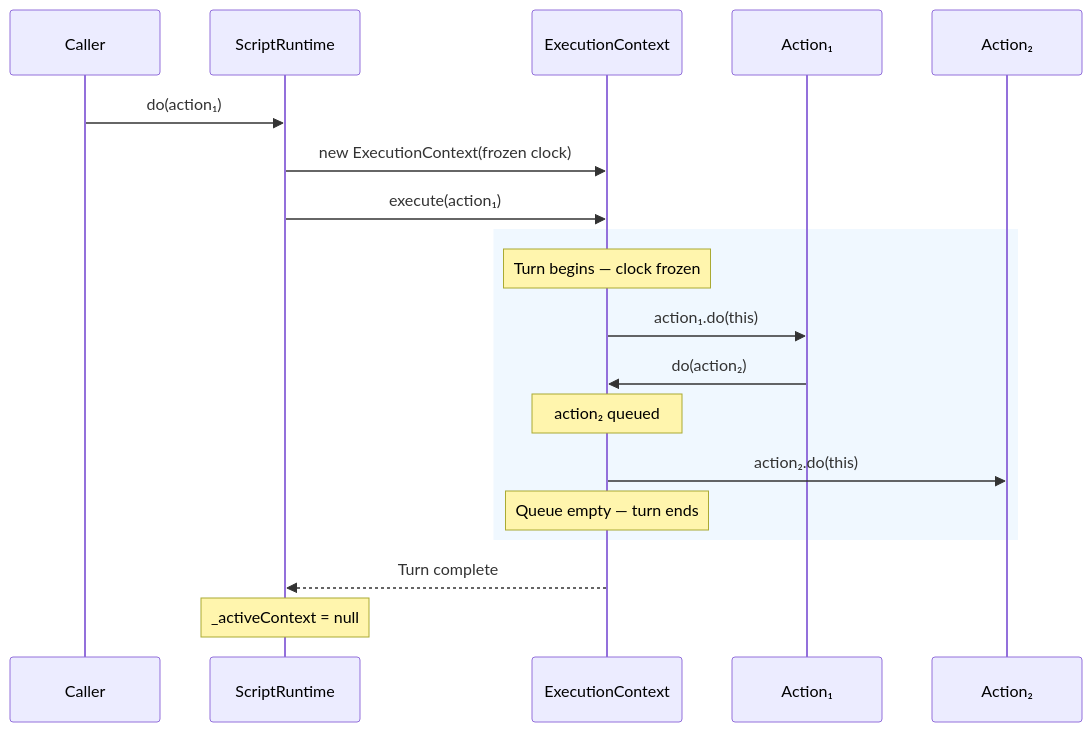
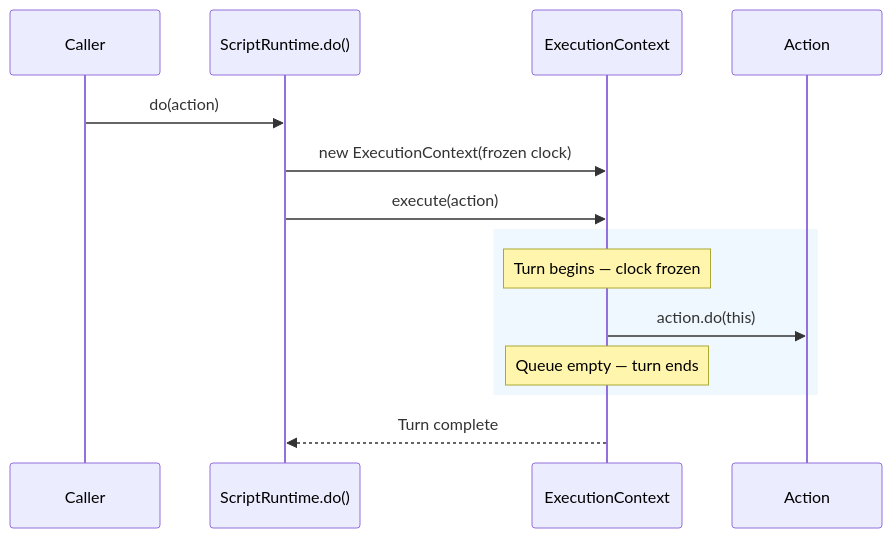
The eighth of 13 diagrams in docs/runtime-state-machine.md (SergeiGolos/wod-wiki), drawn with Mermaid before and after one commit. The commit also changed other lines of this file and 1 other file, not shown here.

First line of the commit message:
Update state machine doc to align with runtime vision; add alignment gap analysis

````diff
--- a/docs/runtime-state-machine.md
+++ b/docs/runtime-state-machine.md
@@ -259,24 +342,19 @@
 ```mermaid
 sequenceDiagram
     participant C as Caller
-    participant SR as ScriptRuntime
+    participant SR as ScriptRuntime.do()
     participant EC as ExecutionContext
-    participant A as Action₁
-    participant A2 as Action₂
+    participant A as Action
 
-    C->>SR: do(action₁)
+    C->>SR: do(action)
     SR->>EC: new ExecutionContext(frozen clock)
-    SR->>EC: execute(action₁)
+    SR->>EC: execute(action)
     
     rect rgb(240, 248, 255)
         note over EC: Turn begins — clock frozen
-        EC->>A: action₁.do(this)
-        A->>EC: do(action₂)
-        note over EC: action₂ queued
-        EC->>A2: action₂.do(this)
+        EC->>A: action.do(this)
         note over EC: Queue empty — turn ends
     end
     
     EC-->>SR: Turn complete
-    note over SR: _activeContext = null
 ```
````
